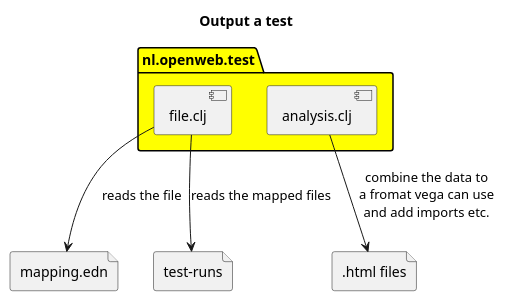
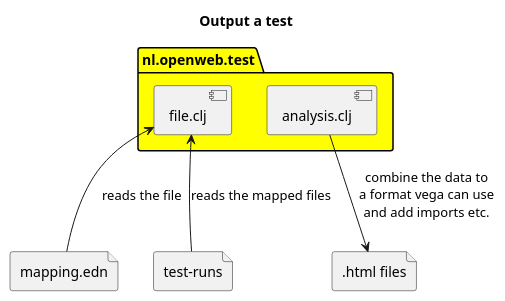
One commit to openweb-nl/open-bank-mark changed the diagram in resources/output-a-test.puml. Above: the diagram before and after it, drawn with PlantUML. The commit also changed 12 other files, not shown here.

Commit message:
small improvements to the uml's

```diff
--- a/resources/output-a-test.puml
+++ b/resources/output-a-test.puml
@@ -1,17 +1,17 @@
 @startuml
 
 title Output a test
 
 package nl.openweb.test #Yellow {
     component file.clj as fi
     component analysis.clj as an
 }
 file mapping.edn as map
 file "test-runs" as tr
 file ".html files" as ht
 
-fi --> map :reads the file
-fi --> tr: reads the mapped files
-an --> ht: combine the data to\na fromat vega can use\nand add imports etc.
+fi <-- map :reads the file
+fi <-- tr: reads the mapped files
+an --> ht: combine the data to\na format vega can use\nand add imports etc.
 
 @enduml
```
